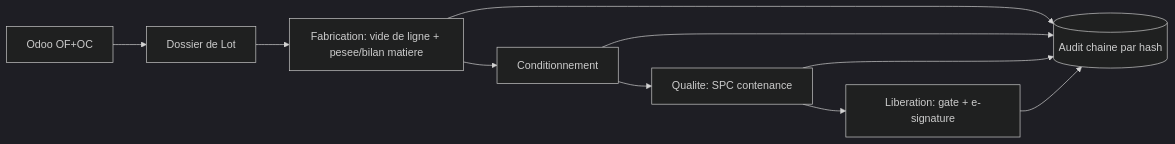
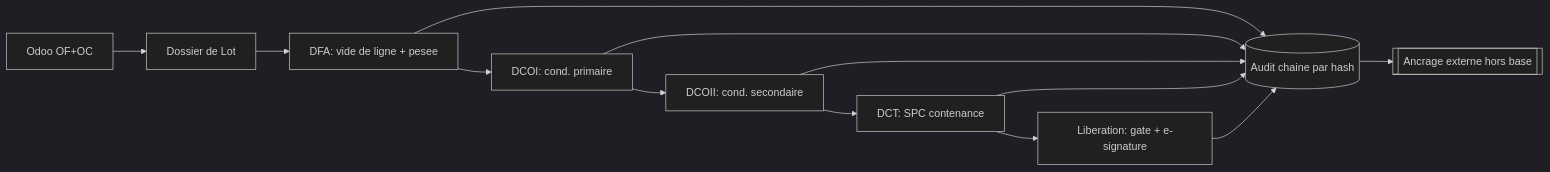
One commit to saitaflex/batchtwin changed the diagram in README.md. Above: the diagram before and after it, drawn with Mermaid (dark theme). The commit also changed other lines of this file and 17 other files, not shown here.

````diff
--- a/README.md
+++ b/README.md
@@ -65,9 +256,11 @@
 ```mermaid
 flowchart LR
   O[Odoo OF+OC] --> B[Dossier de Lot]
-  B --> F[Fabrication: vide de ligne + pesee/bilan matiere]
-  F --> C[Conditionnement]
-  C --> Q[Qualite: SPC contenance]
+  B --> F[DFA: vide de ligne + pesee]
+  F --> P1[DCOI: cond. primaire]
+  P1 --> P2[DCOII: cond. secondaire]
+  P2 --> Q[DCT: SPC contenance]
   Q --> L[Liberation: gate + e-signature]
-  F & C & Q & L --> A[(Audit chaine par hash)]
+  F & P1 & P2 & Q & L --> A[(Audit chaine par hash)]
+  A --> X[[Ancrage externe hors base]]
 ```
````
